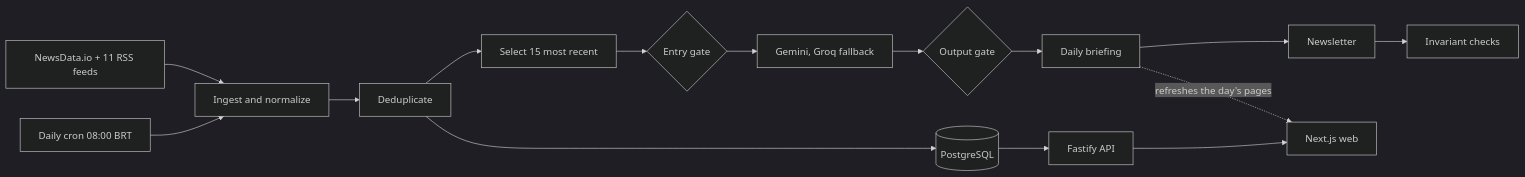
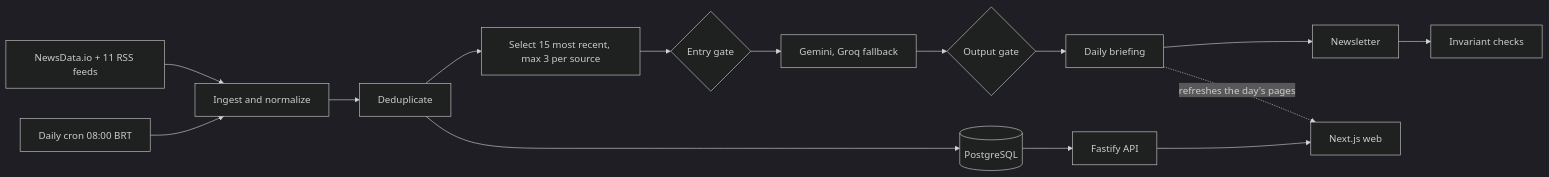
One commit to tavinholoco/newra-news changed the diagram in README.md. Above: the diagram before and after it, drawn with Mermaid (dark theme). The commit also changed 12 other files, not shown here.

First line of the commit message:
fix(api): cap the briefing selection at three items per source

````diff
--- a/README.md
+++ b/README.md
@@ -82,17 +82,17 @@
 ```mermaid
 flowchart LR
     CRON["Daily cron 08:00 BRT"] --> ING[Ingest and normalize]
     SRC["NewsData.io + 11 RSS feeds"] --> ING
     ING --> DEDUP[Deduplicate]
     DEDUP --> DB[(PostgreSQL)]
-    DEDUP --> SEL[Select 15 most recent]
+    DEDUP --> SEL[Select 15 most recent, max 3 per source]
     SEL --> GIN{Entry gate}
     GIN --> AI["Gemini, Groq fallback"]
     AI --> GOUT{Output gate}
     GOUT --> ART[Daily briefing]
     ART --> MAIL[Newsletter]
     MAIL --> INV[Invariant checks]
     DB --> API[Fastify API]
     API --> WEB[Next.js web]
     ART -.->|refreshes the day's pages| WEB
 ```
````
